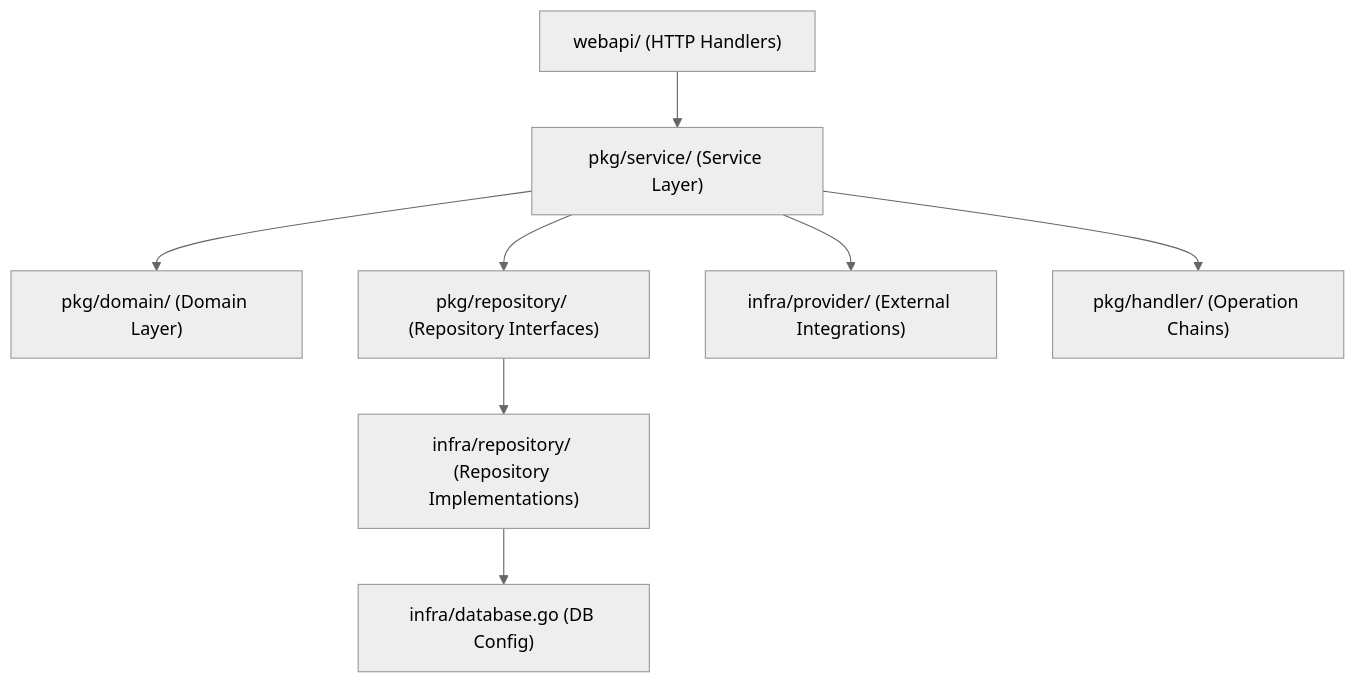
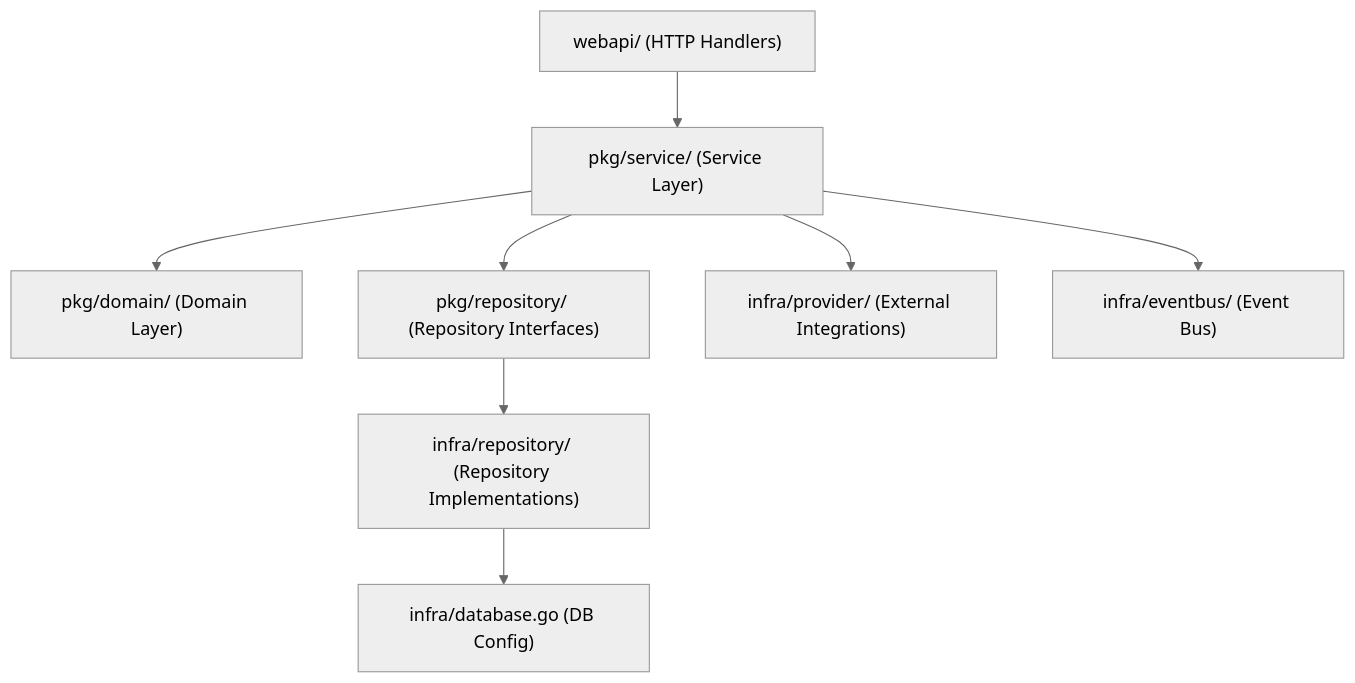
Before and after one commit to amirasaad/fintech: the diagram in ARCHITECTURE.md, drawn with Mermaid (neutral theme). The commit also changed other lines of this file, not shown here.

First line of the commit message:
docs: 📚 update ARCHITECTURE.md to reflect event-driven architecture and strict invariants

````diff
--- a/ARCHITECTURE.md
+++ b/ARCHITECTURE.md
@@ -11,10 +11,10 @@
 ```mermaid
 graph TD
     A["webapi/ (HTTP Handlers)"] --> B["pkg/service/ (Service Layer)"]
     B --> C["pkg/domain/ (Domain Layer)"]
     B --> D["pkg/repository/ (Repository Interfaces)"]
     D --> E["infra/repository/ (Repository Implementations)"]
     E --> F["infra/database.go (DB Config)"]
     B --> G["infra/provider/ (External Integrations)"]
-    B --> H["pkg/handler/ (Operation Chains)"]
+    B --> H["infra/eventbus/ (Event Bus)"]
 ```
````
